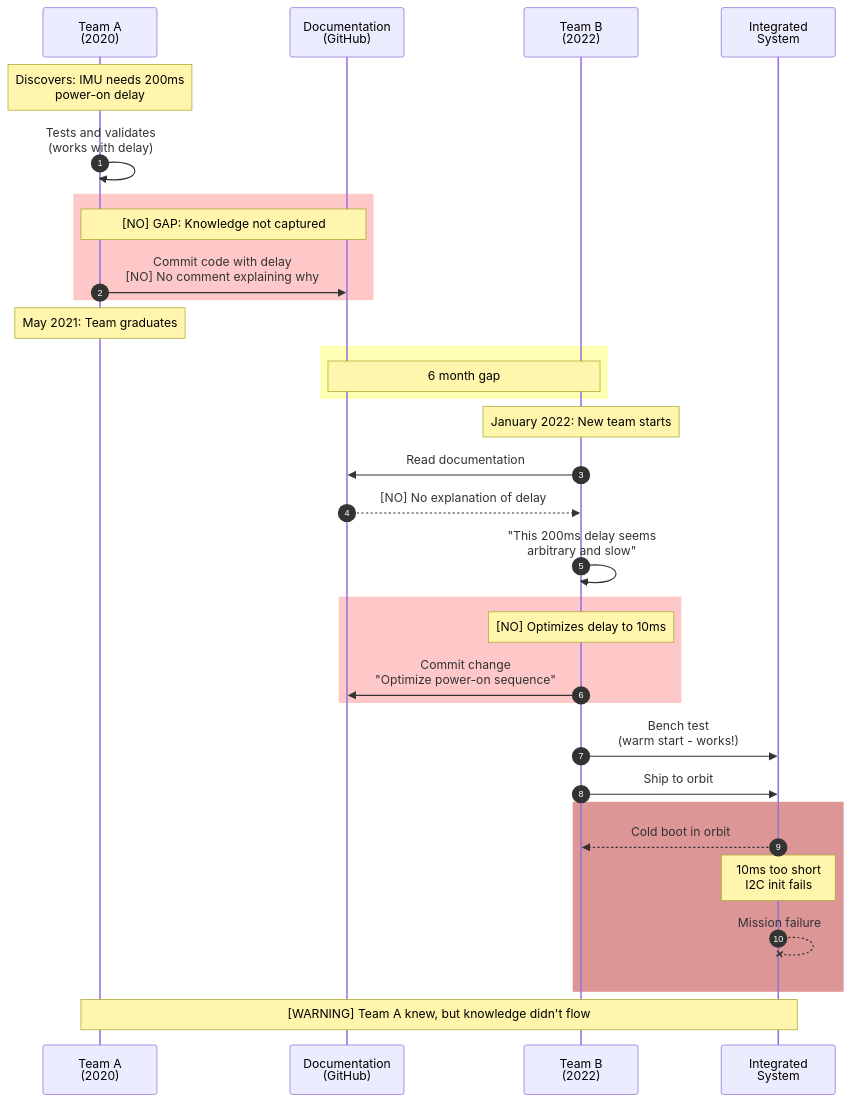
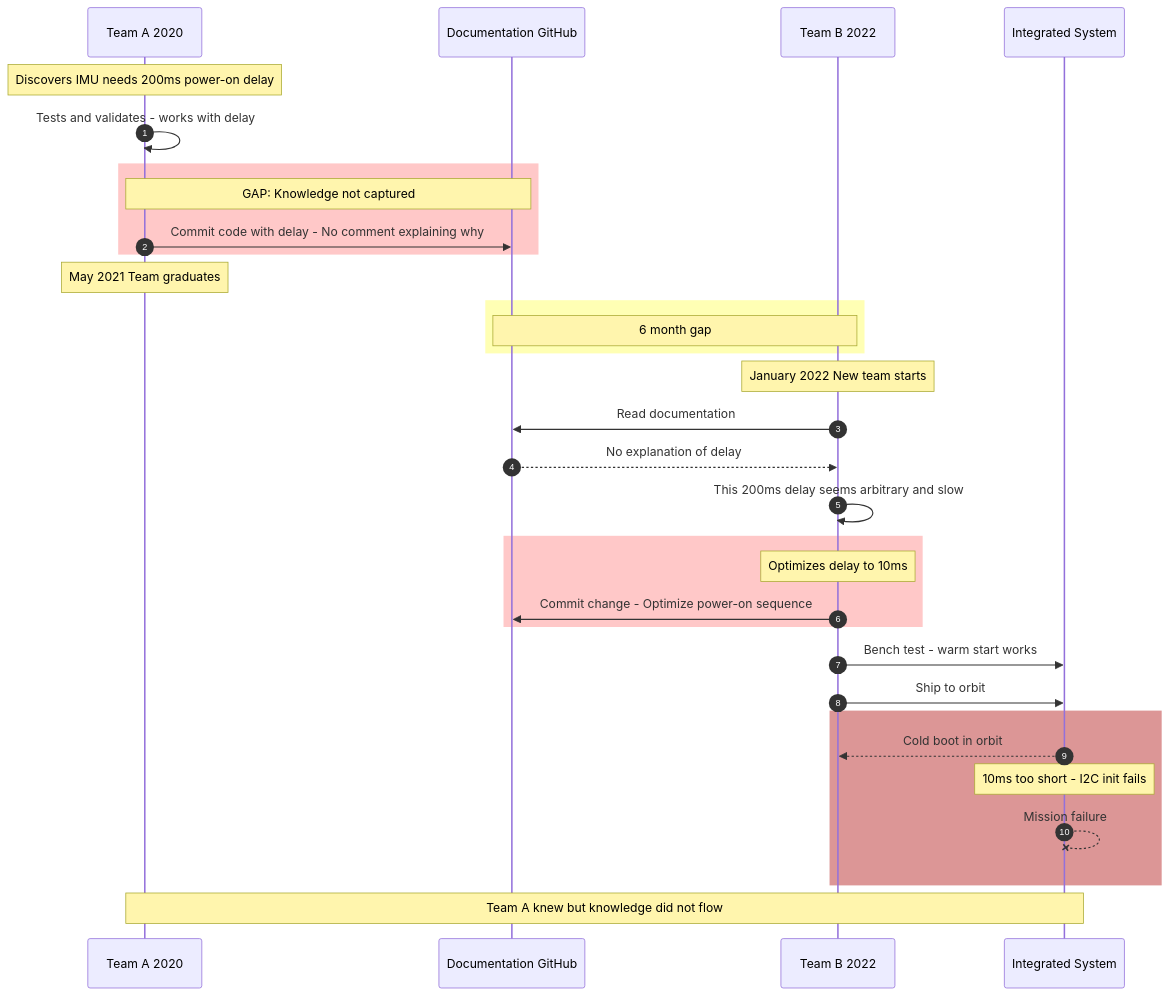
Before and after one commit to Lizo-RoadTown/PROVES_LIBRARY: the sixth of 9 diagrams in docs/diagrams/team-boundaries.md, drawn with Mermaid. The commit also changed 3 other files, not shown here.

Commit message:
Fix all remaining sequence diagram syntax errors

````diff
--- a/docs/diagrams/team-boundaries.md
+++ b/docs/diagrams/team-boundaries.md
@@ -289,47 +289,47 @@
 ```mermaid
 sequenceDiagram
     autonumber
-    participant TeamA as Team A<br/>(2020)
-    participant Docs as Documentation<br/>(GitHub)
-    participant TeamB as Team B<br/>(2022)
-    participant System as Integrated<br/>System
+    participant TeamA as Team A 2020
+    participant Docs as Documentation GitHub
+    participant TeamB as Team B 2022
+    participant System as Integrated System
 
-    Note over TeamA: Discovers: IMU needs 200ms<br/>power-on delay
+    Note over TeamA: Discovers IMU needs 200ms power-on delay
 
-    TeamA->>TeamA: Tests and validates<br/>(works with delay)
+    TeamA->>TeamA: Tests and validates - works with delay
 
     rect rgb(255, 200, 200)
-        Note over TeamA,Docs: [NO] GAP: Knowledge not captured
-        TeamA->>Docs: Commit code with delay<br/>[NO] No comment explaining why
+        Note over TeamA,Docs: GAP: Knowledge not captured
+        TeamA->>Docs: Commit code with delay - No comment explaining why
     end
 
-    Note over TeamA: May 2021: Team graduates
+    Note over TeamA: May 2021 Team graduates
 
     rect rgb(255, 255, 180)
         Note over Docs,TeamB: 6 month gap
     end
 
-    Note over TeamB: January 2022: New team starts
+    Note over TeamB: January 2022 New team starts
 
     TeamB->>Docs: Read documentation
-    Docs-->>TeamB: [NO] No explanation of delay
+    Docs-->>TeamB: No explanation of delay
 
-    TeamB->>TeamB: "This 200ms delay seems<br/>arbitrary and slow"
+    TeamB->>TeamB: This 200ms delay seems arbitrary and slow
 
     rect rgb(255, 200, 200)
-        Note over TeamB: [NO] Optimizes delay to 10ms
-        TeamB->>Docs: Commit change<br/>"Optimize power-on sequence"
+        Note over TeamB: Optimizes delay to 10ms
+        TeamB->>Docs: Commit change - Optimize power-on sequence
     end
 
-    TeamB->>System: Bench test<br/>(warm start - works!)
+    TeamB->>System: Bench test - warm start works
 
     TeamB->>System: Ship to orbit
 
     rect rgb(220, 150, 150)
         System-->>TeamB: Cold boot in orbit
-        Note over System: 10ms too short<br/>I2C init fails
+        Note over System: 10ms too short - I2C init fails
         System--XSystem: Mission failure
     end
 
-    Note over TeamA,System: [WARNING] Team A knew, but knowledge didn't flow
+    Note over TeamA,System: Team A knew but knowledge did not flow
 ```
````
